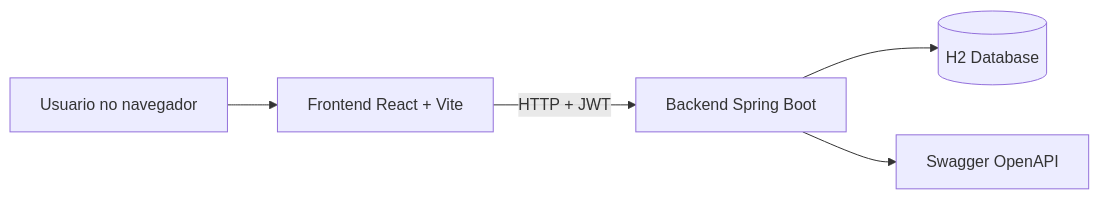
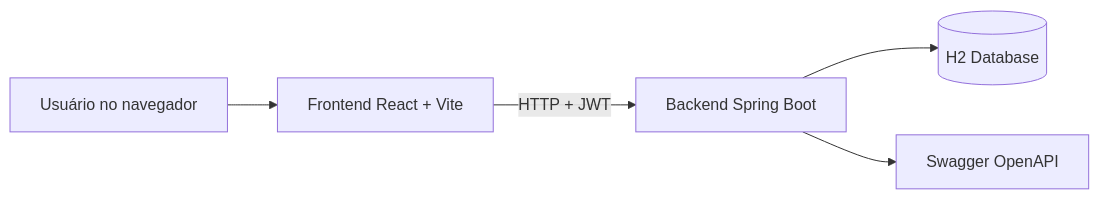
Before and after one commit to robertfabio/desafio-fullstack-lotus-2026.1: the first of 2 diagrams in README.md, drawn with Mermaid. The commit also changed other lines of this file and 1 other file, not shown here.

Commit message:
feat: update README with project overview, architecture details, and setup instructions

````diff
--- a/README.md
+++ b/README.md
@@ -12,7 +40,7 @@
 ```mermaid
 flowchart LR
-	U[Usuario no navegador] --> F[Frontend React + Vite]
-	F -->|HTTP + JWT| B[Backend Spring Boot]
-	B --> D[(H2 Database)]
-	B --> S[Swagger OpenAPI]
+    U[Usuário no navegador] --> F[Frontend React + Vite]
+    F -->|HTTP + JWT| B[Backend Spring Boot]
+    B --> D[(H2 Database)]
+    B --> S[Swagger OpenAPI]
 ```
````
